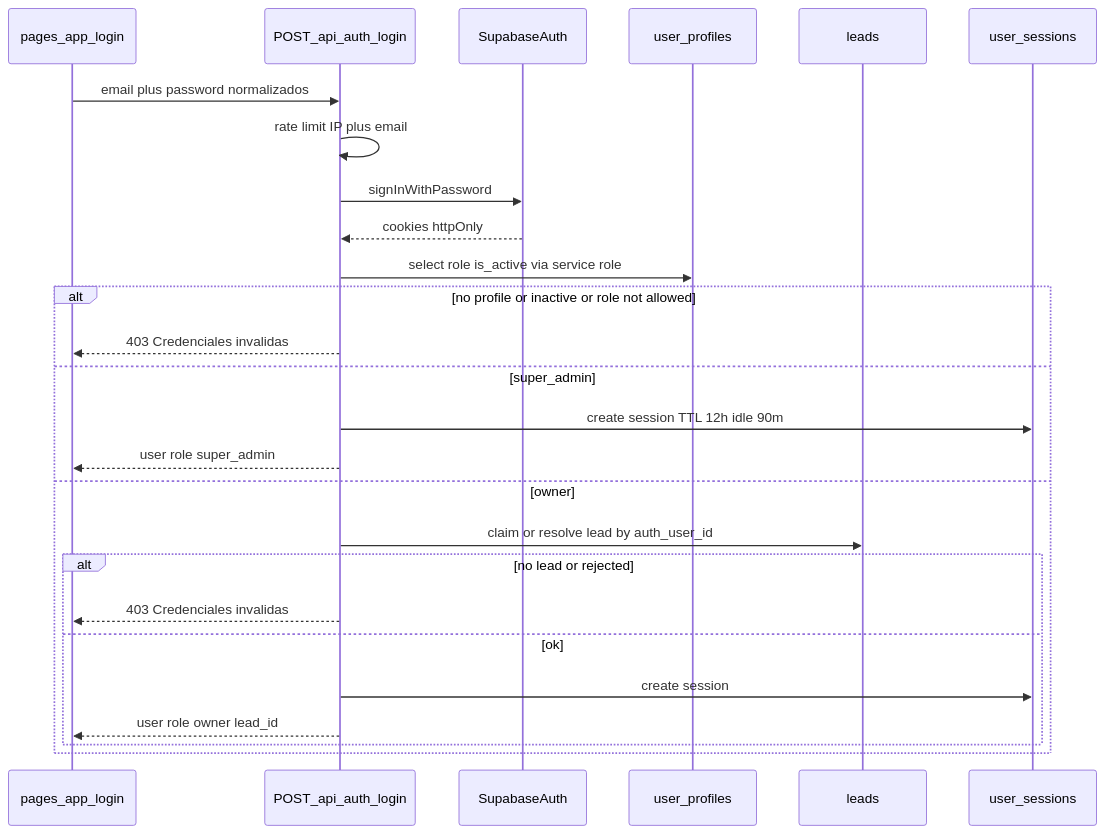
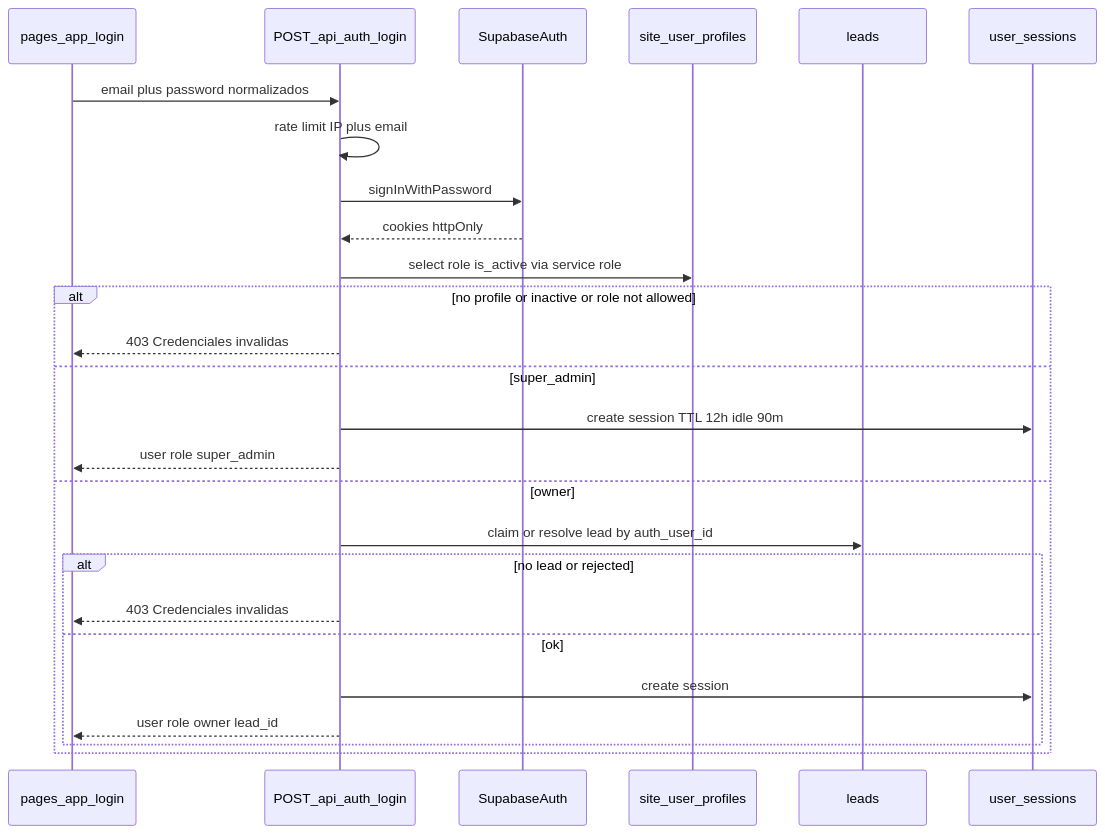
Before and after one commit to JAGC-siete/webycitas: the diagram in docs/LOGIN_WEBYCITAS_AUTH.md, drawn with Mermaid. The commit also changed other lines of this file and 7 other files, not shown here.

````diff
--- a/docs/LOGIN_WEBYCITAS_AUTH.md
+++ b/docs/LOGIN_WEBYCITAS_AUTH.md
@@ -35,29 +35,29 @@
 ```mermaid
 sequenceDiagram
   participant UI as pages_app_login
   participant API as POST_api_auth_login
   participant SB as SupabaseAuth
-  participant UP as user_profiles
+  participant UP as site_user_profiles
   participant LD as leads
   participant US as user_sessions
 
   UI->>API: email plus password normalizados
   API->>API: rate limit IP plus email
   API->>SB: signInWithPassword
   SB-->>API: cookies httpOnly
   API->>UP: select role is_active via service role
   alt no profile or inactive or role not allowed
     API-->>UI: 403 Credenciales invalidas
   else super_admin
     API->>US: create session TTL 12h idle 90m
     API-->>UI: user role super_admin
   else owner
     API->>LD: claim or resolve lead by auth_user_id
     alt no lead or rejected
       API-->>UI: 403 Credenciales invalidas
     else ok
       API->>US: create session
       API-->>UI: user role owner lead_id
     end
   end
 ```
````
